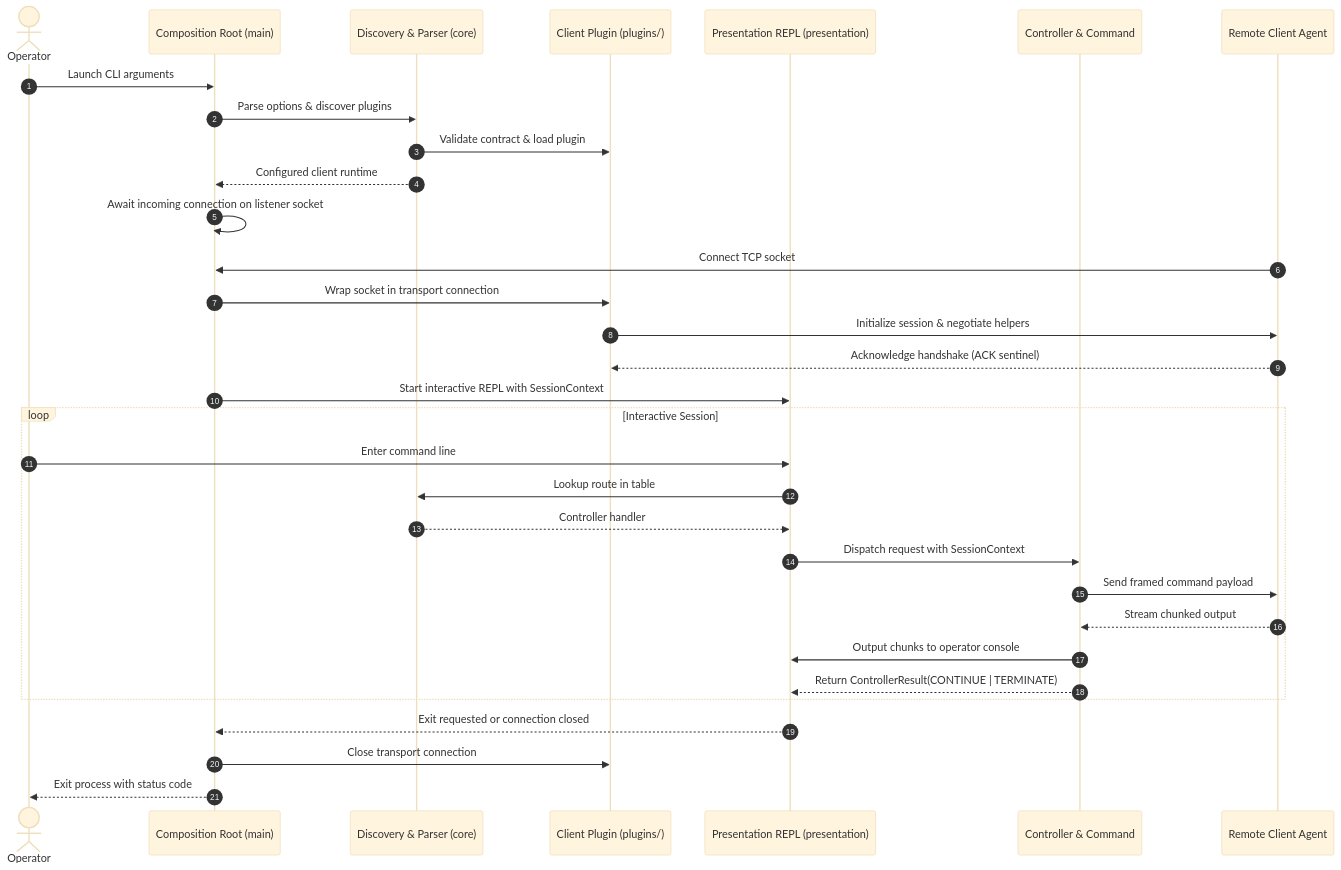
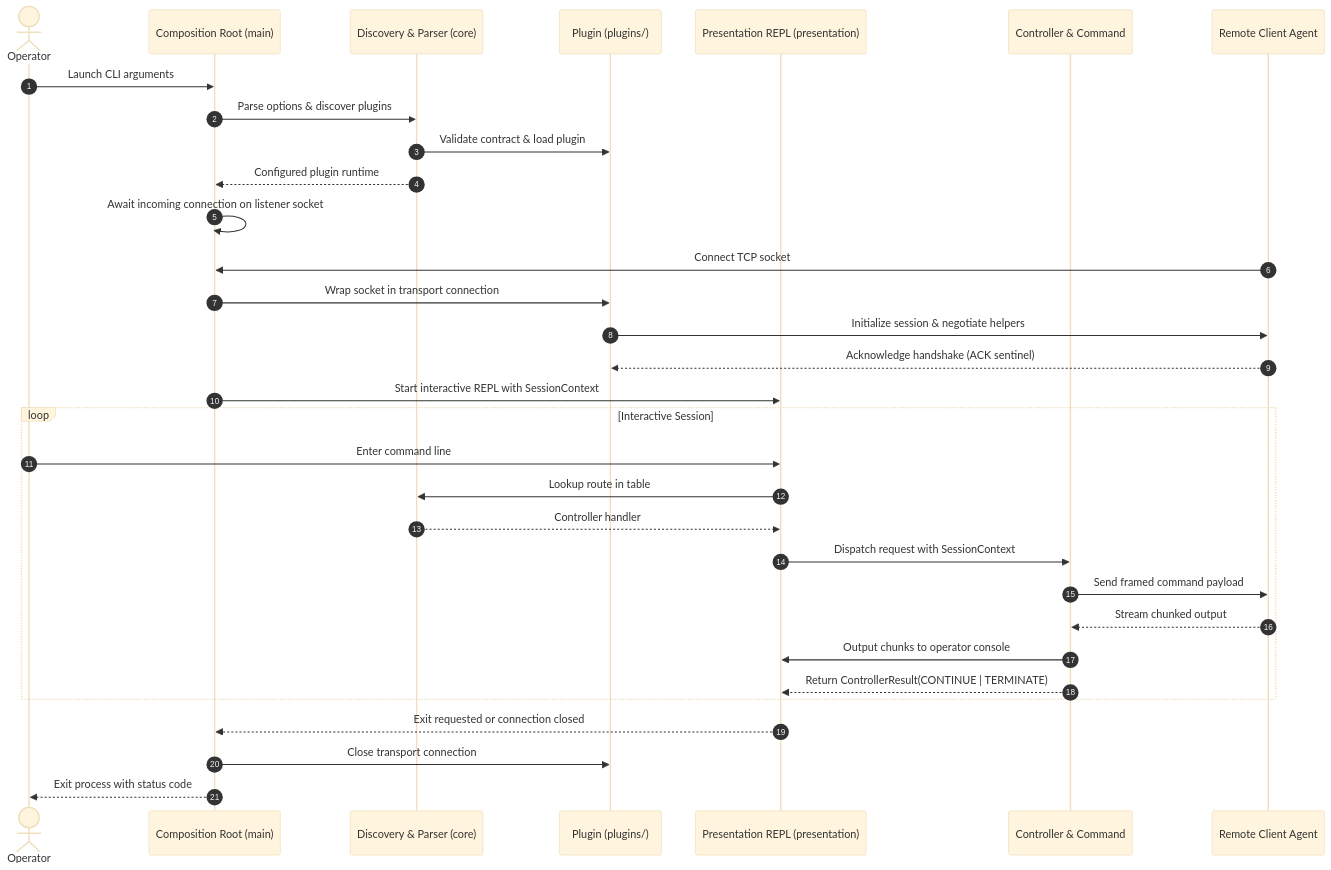
One commit to othon-hugo/declusor changed the second of 2 diagrams in ARCHITECTURE.md. Above: the diagram before and after it, drawn with Mermaid (base theme). The commit also changed 54 other files, not shown here.

````diff
--- a/ARCHITECTURE.md
+++ b/ARCHITECTURE.md
@@ -168,37 +168,37 @@
 ```mermaid
 sequenceDiagram
     autonumber
     actor Operator
     participant Main as Composition Root (main)
     participant Core as Discovery & Parser (core)
-    participant Plugin as Client Plugin (plugins/)
+    participant Plugin as Plugin (plugins/)
     participant View as Presentation REPL (presentation)
     participant Controller as Controller & Command
     participant Remote as Remote Client Agent
 
     Operator->>Main: Launch CLI arguments
     Main->>Core: Parse options & discover plugins
     Core->>Plugin: Validate contract & load plugin
-    Core-->>Main: Configured client runtime
+    Core-->>Main: Configured plugin runtime
     Main->>Main: Await incoming connection on listener socket
     Remote->>Main: Connect TCP socket
     Main->>Plugin: Wrap socket in transport connection
     Plugin->>Remote: Initialize session & negotiate helpers
     Remote-->>Plugin: Acknowledge handshake (ACK sentinel)
     Main->>View: Start interactive REPL with SessionContext
 
     loop Interactive Session
         Operator->>View: Enter command line
         View->>Core: Lookup route in table
         Core-->>View: Controller handler
         View->>Controller: Dispatch request with SessionContext
         Controller->>Remote: Send framed command payload
         Remote-->>Controller: Stream chunked output
         Controller->>View: Output chunks to operator console
         Controller-->>View: Return ControllerResult(CONTINUE | TERMINATE)
     end
 
     View-->>Main: Exit requested or connection closed
     Main->>Plugin: Close transport connection
     Main-->>Operator: Exit process with status code
 ```
````
